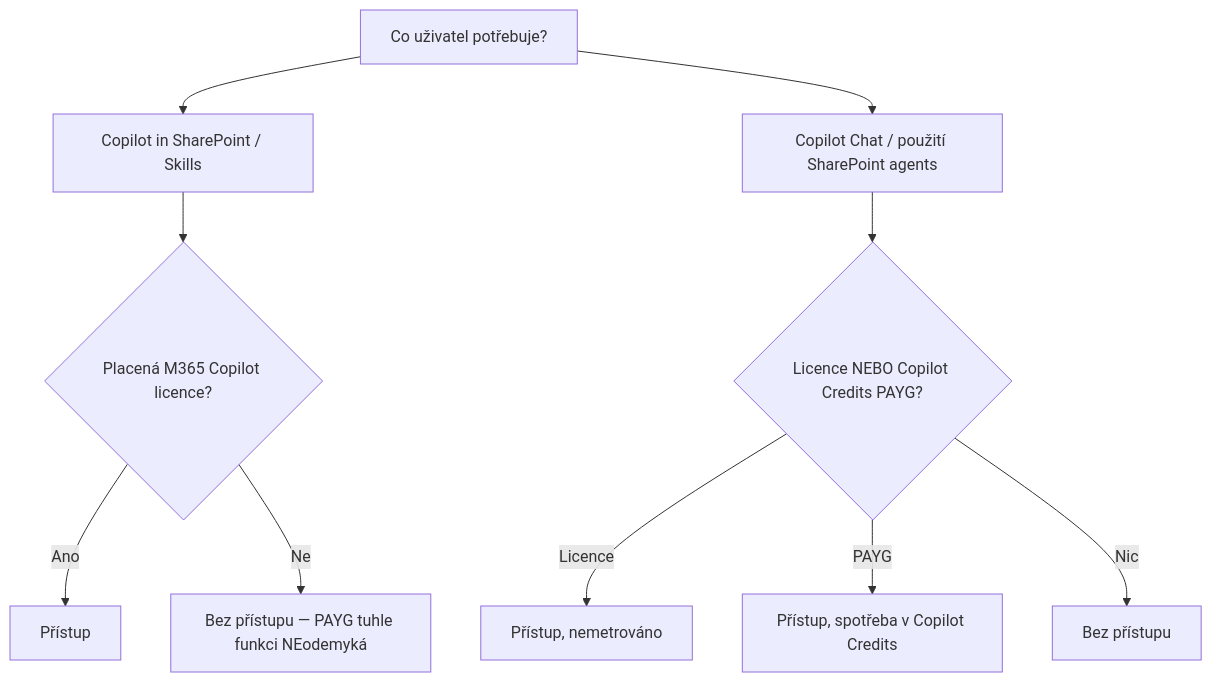
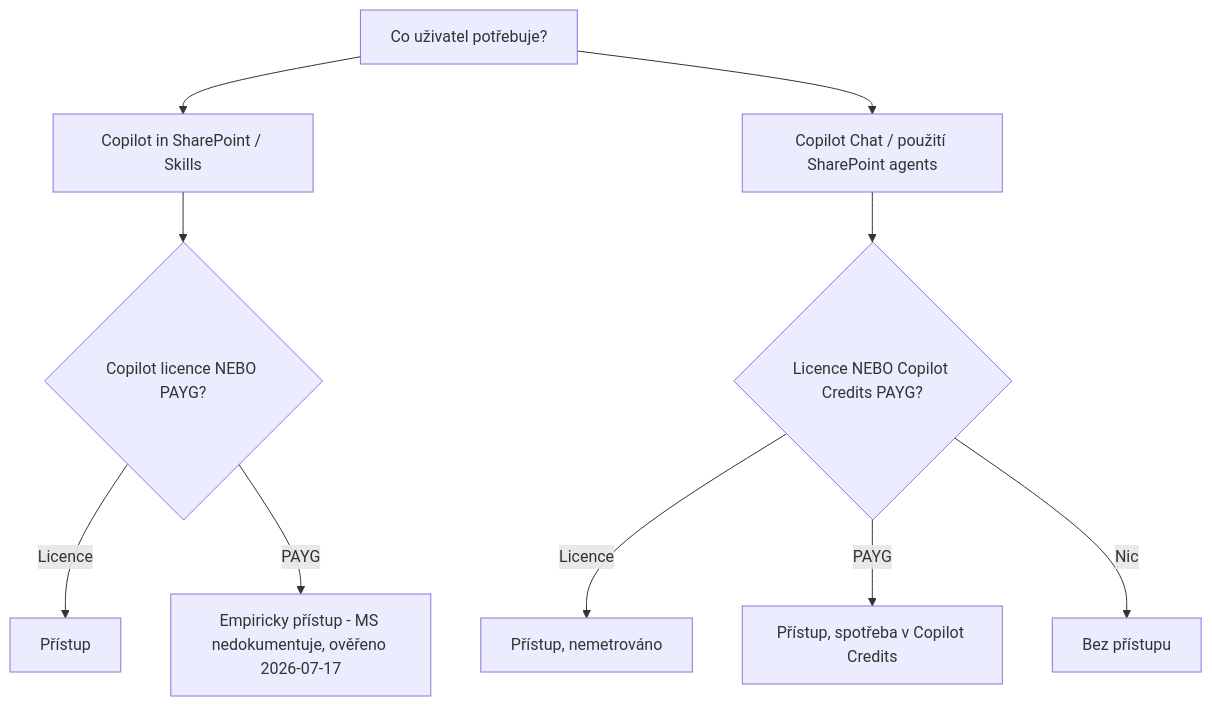
One commit to MalasekPetr/gopas-goc224 changed the diagram in day-1/licensing/README.md. Above: the diagram before and after it, drawn with Mermaid. The commit also changed other lines of this file and 13 other files, not shown here.

````diff
--- a/day-1/licensing/README.md
+++ b/day-1/licensing/README.md
@@ -59,12 +59,12 @@
 ```mermaid
 flowchart TD
   Start[Co uživatel potřebuje?] --> F1[Copilot in SharePoint / Skills]
   Start --> F2[Copilot Chat / použití SharePoint agents]
-  F1 --> Q1{Placená M365 Copilot licence?}
-  Q1 -->|Ano| OK1[Přístup]
-  Q1 -->|Ne| No1[Bez přístupu — PAYG tuhle funkci NEodemyká]
+  F1 --> Q1{Copilot licence NEBO PAYG?}
+  Q1 -->|Licence| OK1[Přístup]
+  Q1 -->|PAYG| OK1b[Empiricky přístup - MS nedokumentuje, ověřeno 2026-07-17]
   F2 --> Q2{Licence NEBO Copilot Credits PAYG?}
   Q2 -->|Licence| OK2[Přístup, nemetrováno]
   Q2 -->|PAYG| Metered[Přístup, spotřeba v Copilot Credits]
   Q2 -->|Nic| No2[Bez přístupu]
 ```
````
